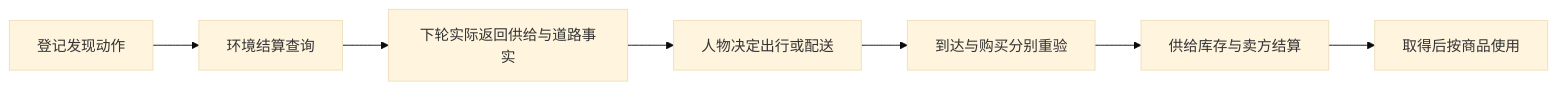
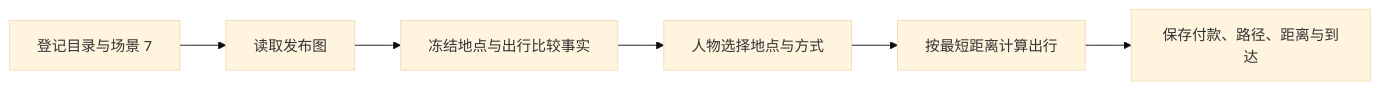
Before and after one commit to HoldThatThgt/WorldMock: the second of 5 diagrams in docs/dev/SPEC-life-runtime.md, drawn with Mermaid (base theme). The commit also changed other lines of this file and 79 other files, not shown here.

Commit message:
feat(life): derive travel and location evidence from the published graph

````diff
--- a/docs/dev/SPEC-life-runtime.md
+++ b/docs/dev/SPEC-life-runtime.md
@@ -1142,9 +1128,8 @@
 ```mermaid
 flowchart LR
-    Q[登记发现动作] --> S[环境结算查询]
-    S --> O[下轮实际返回供给与道路事实]
-    O --> A[人物决定出行或配送]
-    A --> R[到达与购买分别重验]
-    R --> P[供给库存与卖方结算]
-    P --> D[取得后按商品使用]
+    C[登记目录与场景 7] --> G[读取发布图]
+    G --> O[冻结地点与出行比较事实]
+    O --> A[人物选择地点与方式]
+    A --> P[按最短距离计算出行]
+    P --> R[保存付款、路径、距离与到达]
 ```
````
